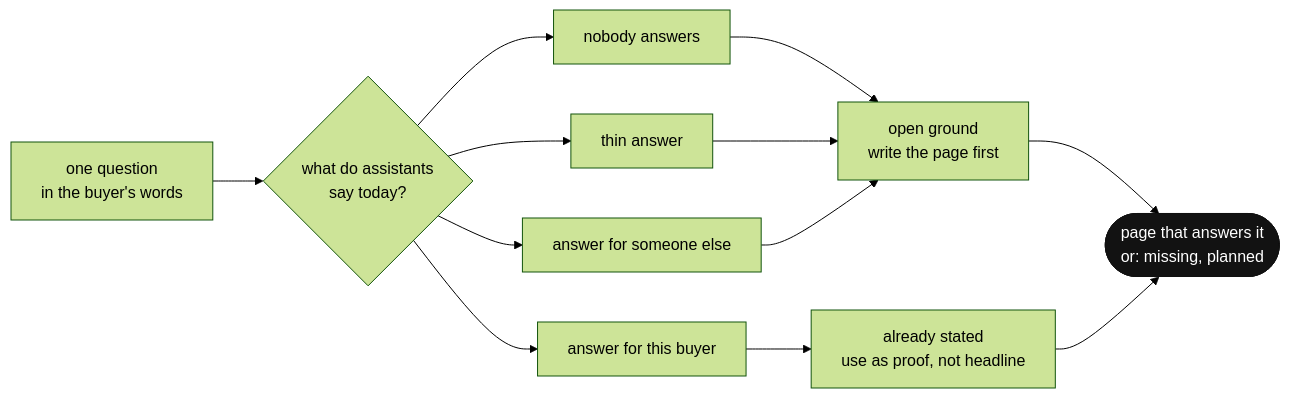
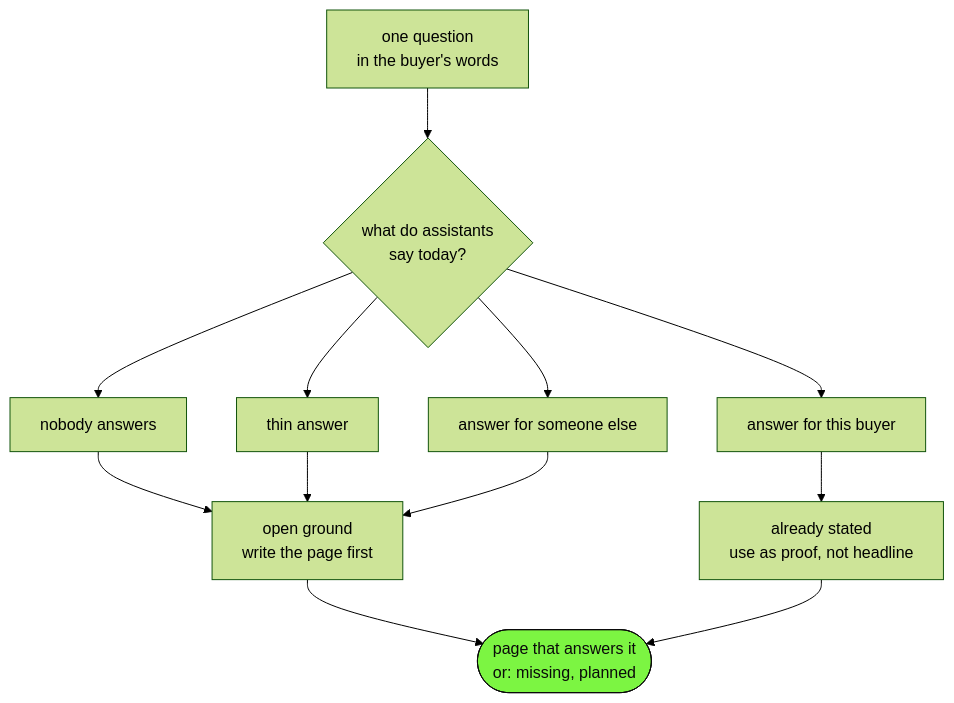
Before and after one commit to shashank-sn/workflows: the diagram in research/buyer-questions/figures/coverage-map.mmd, drawn with Mermaid (forest theme). The commit also changed 63 other files, not shown here.

```diff
--- a/research/buyer-questions/figures/coverage-map.mmd
+++ b/research/buyer-questions/figures/coverage-map.mmd
@@ -1,15 +1,15 @@
 %% every question gets one mark from the gap check and one page that answers it
-flowchart LR
+flowchart TB
   Q["one question<br/>in the buyer's words"] --> K{"what do assistants<br/>say today?"}
   K --> N["nobody answers"]
   K --> T["thin answer"]
   K --> O["answer for someone else"]
   K --> E["answer for this buyer"]
   N --> L["open ground<br/>write the page first"]
   T --> L
   O --> L
   E --> R["already stated<br/>use as proof, not headline"]
   L --> Y(["page that answers it<br/>or: missing, planned"])
   R --> Y
-  classDef ink fill:#121212,color:#ffffff,stroke:#121212
-  class Y ink
+  classDef key fill:#7cf542,color:#0a0a0a,stroke:#0a0a0a
+  class Y key
```
